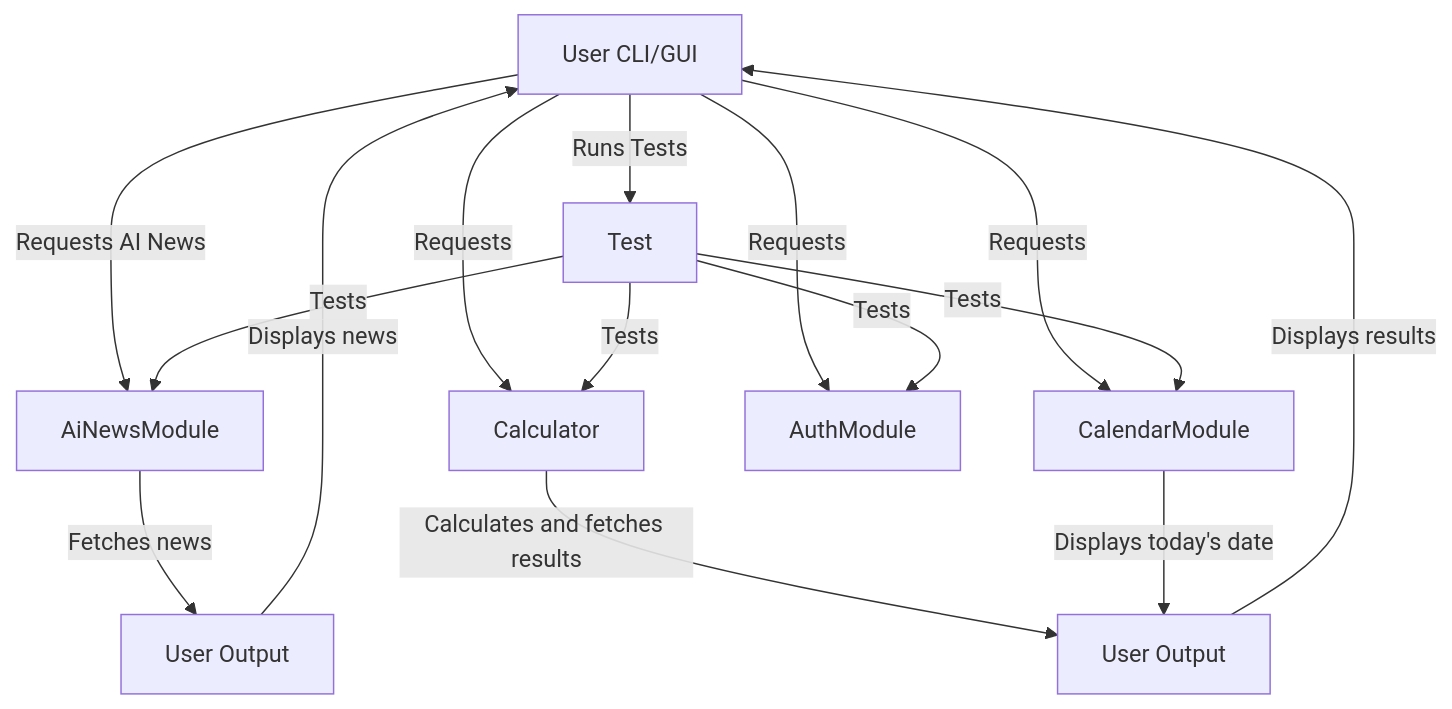
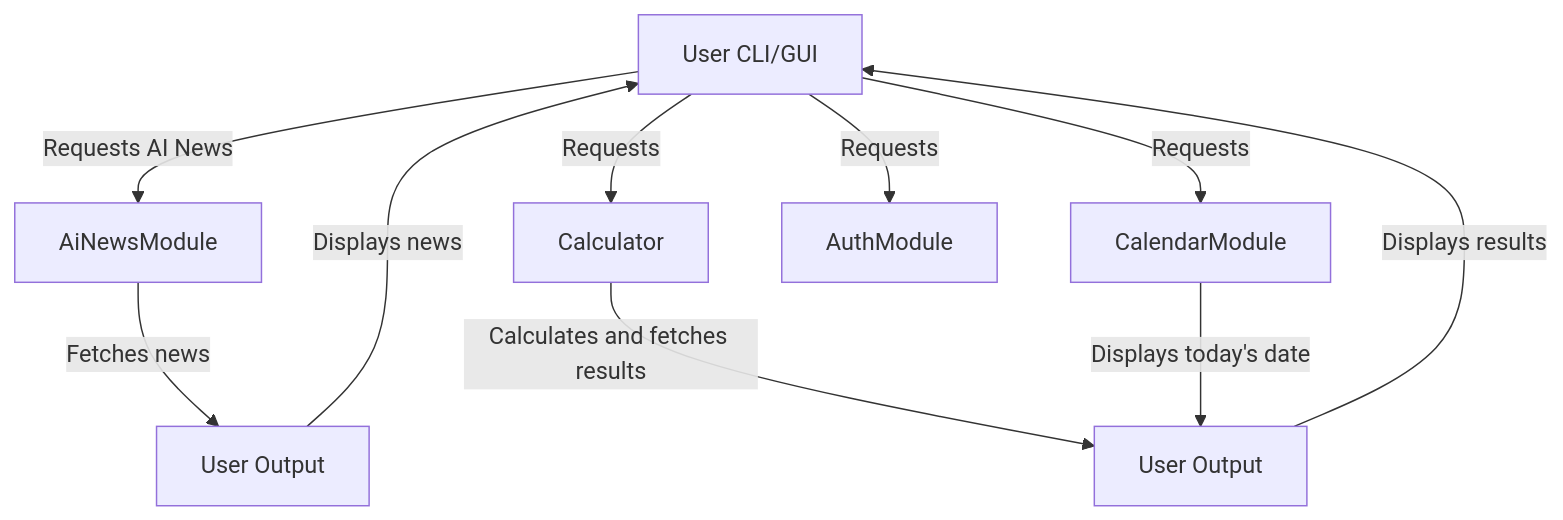
One commit to thoaihcmc/docs-pipeline-e2e-test changed the diagram in docs/diagrams/architecture.mmd. Above: the diagram before and after it, drawn with Mermaid. The commit also changed 7 other files, not shown here.

Commit message:
docs: auto-generate FDD, BDD, ADD and diagrams for 50a6ba532f39a9bb62d3e61fbf0a9d72e614c07b

````diff
--- a/docs/diagrams/architecture.mmd
+++ b/docs/diagrams/architecture.mmd
@@ -1,17 +1,12 @@
 ```mermaid  
 graph TD;  
     A[User CLI/GUI] -->|Requests AI News| B[AiNewsModule];  
     B -->|Fetches news| C[User Output];  
     C -->|Displays news| A;  
     A -->|Requests| D[Calculator];  
     D -->|Calculates and fetches results| E[User Output];  
     E -->|Displays results| A;  
     A -->|Requests| F[CalendarModule];  
     F -->|Displays today's date| E;  
     A -->|Requests| G[AuthModule];  
-    A -->|Runs Tests| H[Test];  
-    H -->|Tests| B;  
-    H -->|Tests| D;  
-    H -->|Tests| F;  
-    H -->|Tests| G;  
 ```
````
